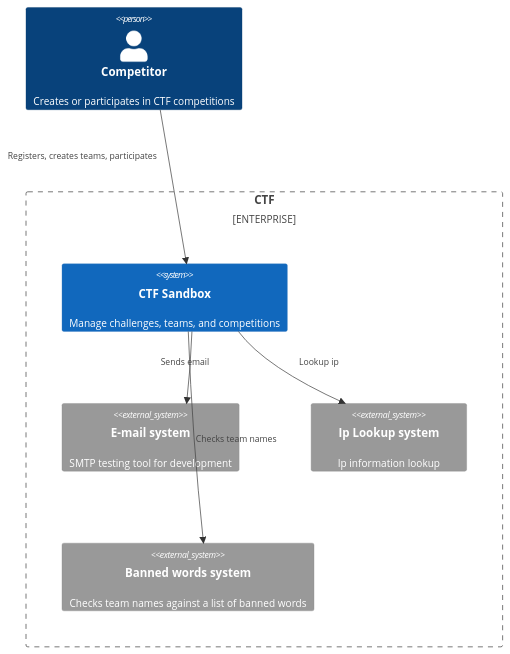
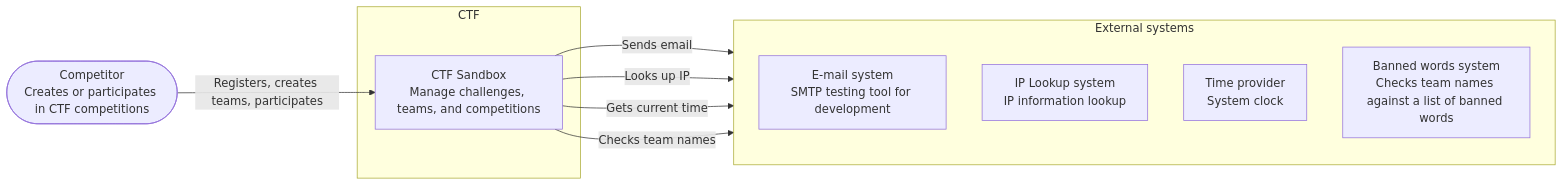
Before and after one commit to CurlyFire/ctf-sandbox: the first of 2 diagrams in README.md, drawn with Mermaid. The commit also changed other lines of this file and 67 other files, not shown here.

````diff
--- a/README.md
+++ b/README.md
@@ -52,22 +52,22 @@
 ```mermaid
-C4Context
-    UpdateLayoutConfig($c4ShapeInRow="2", $c4BoundaryInRow="1")
-    Person(user, "Competitor", "Creates or participates in CTF competitions")
-    Enterprise_Boundary(b0, "CTF") {
-        System(systemctf, "CTF Sandbox", "Manage challenges, teams, and competitions")
-        System_Ext(systememail, "E-mail system", "SMTP testing tool for development")
-        System_Ext(systemipinfo, "Ip Lookup system", "Ip information lookup")
-        System_Ext(bannedwords, "Banned words system", "Checks team names against a list of banned words")
+flowchart LR
+    user(["Competitor<br/>Creates or participates in CTF competitions"])
 
-        Rel(user, systemctf, "Registers, creates teams, participates")
-        UpdateRelStyle(user, systemctf, $offsetX="-230", $offsetY="-45")
+    subgraph ctf["CTF"]
+        systemctf["CTF Sandbox<br/>Manage challenges, teams, and competitions"]
+    end
 
-        Rel(systemctf, systememail, "Sends email")
-        UpdateRelStyle(systemctf, systememail, $offsetX="-40", $offsetY="-10")
+    subgraph external["External systems"]
+        direction TB
+        systememail["E-mail system<br/>SMTP testing tool for development"]
+        systemipinfo["IP Lookup system<br/>IP information lookup"]
+        systemtime["Time provider<br/>System clock"]
+        bannedwords["Banned words system<br/>Checks team names against a list of banned words"]
+    end
 
-        Rel(systemctf, systemipinfo, "Lookup ip")
-        UpdateRelStyle(systemctf, systemipinfo, $offsetX="10", $offsetY="-10")
-
-        Rel(systemctf, bannedwords, "Checks team names")
-    }
+    user -->|Registers, creates teams, participates| systemctf
+    systemctf -->|Sends email| systememail
+    systemctf -->|Looks up IP| systemipinfo
+    systemctf -->|Gets current time| systemtime
+    systemctf -->|Checks team names| bannedwords
 ```
````
